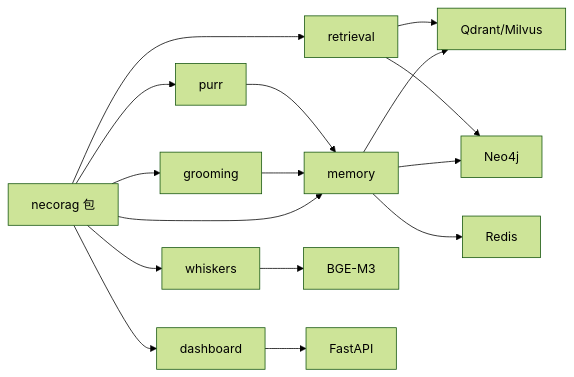
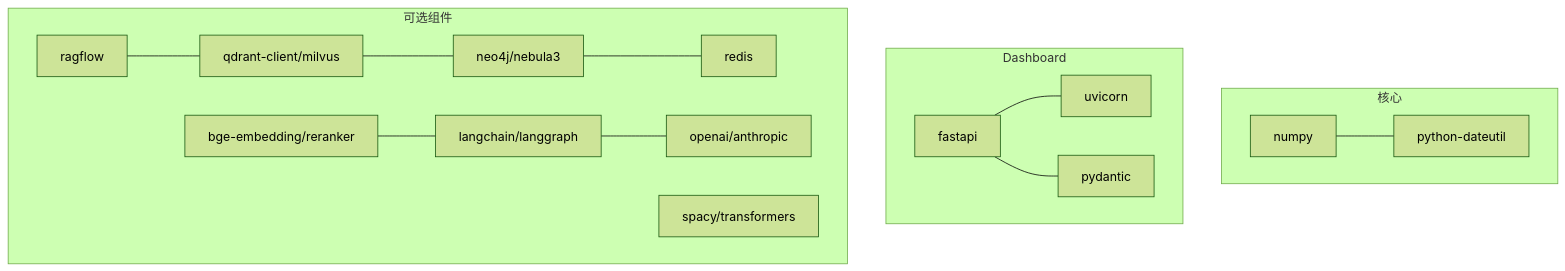
The tenth of 10 diagrams in .qoder/repowiki/zh/content/项目概述/项目概述.md (JieGaoPrinceton/NecoRAG), drawn with Mermaid (forest theme) before and after one commit. The commit also changed other lines of this file and 76 other files, not shown here.

````diff
--- a/.qoder/repowiki/zh/content/项目概述/项目概述.md
+++ b/.qoder/repowiki/zh/content/项目概述/项目概述.md
@@ -294,18 +377,18 @@
 ```mermaid
-graph LR
-NECO["necorag 包"] --> W["whiskers"]
-NECO --> M["memory"]
-NECO --> R["retrieval"]
-NECO --> G["grooming"]
-NECO --> P["purr"]
-NECO --> D["dashboard"]
-W --> BGE["BGE-M3"]
-M --> QDR["Qdrant/Milvus"]
-M --> NEO["Neo4j"]
-M --> RED["Redis"]
-R --> QDR
-R --> NEO
-G --> M
-P --> M
-D --> FAST["FastAPI"]
+graph TB
+subgraph "核心"
+N["numpy"] --- D["python-dateutil"]
+end
+subgraph "Dashboard"
+F["fastapi"] --- U["uvicorn"]
+F --- P["pydantic"]
+end
+subgraph "可选组件"
+R["ragflow"] --- Q["qdrant-client/milvus"]
+Q --- G["neo4j/nebula3"]
+G --- RC["redis"]
+B["bge-embedding/reranker"] --- L["langchain/langgraph"]
+L --- O["openai/anthropic"]
+NL["spacy/transformers"]
+end
 ```
````
